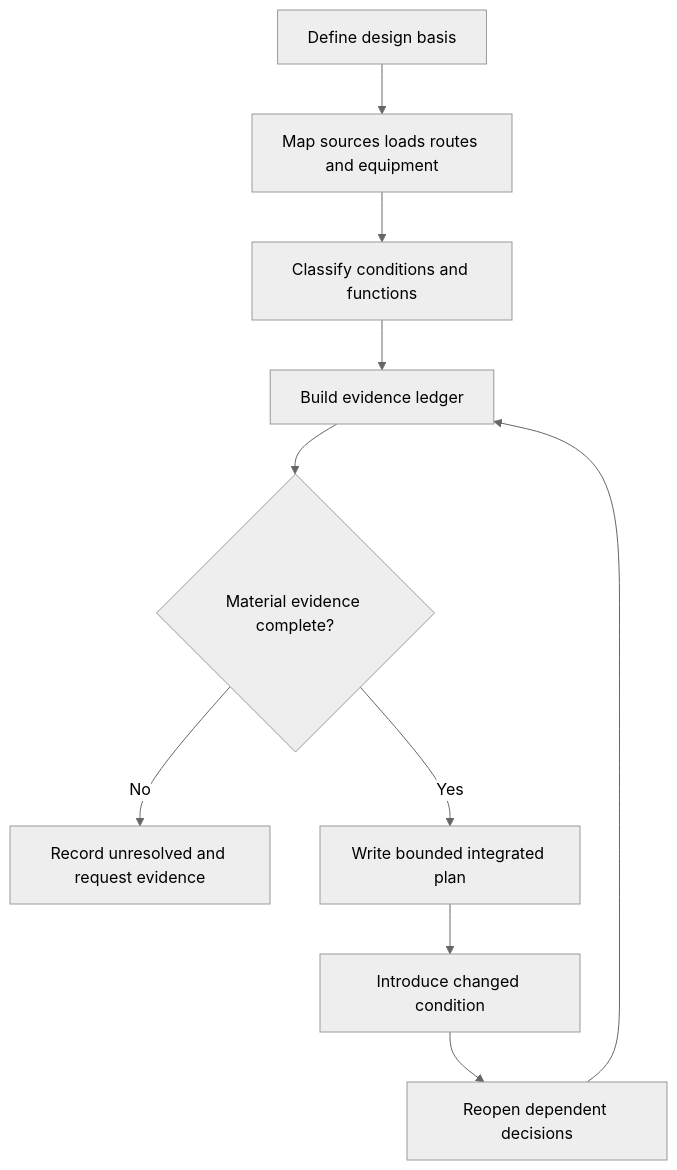
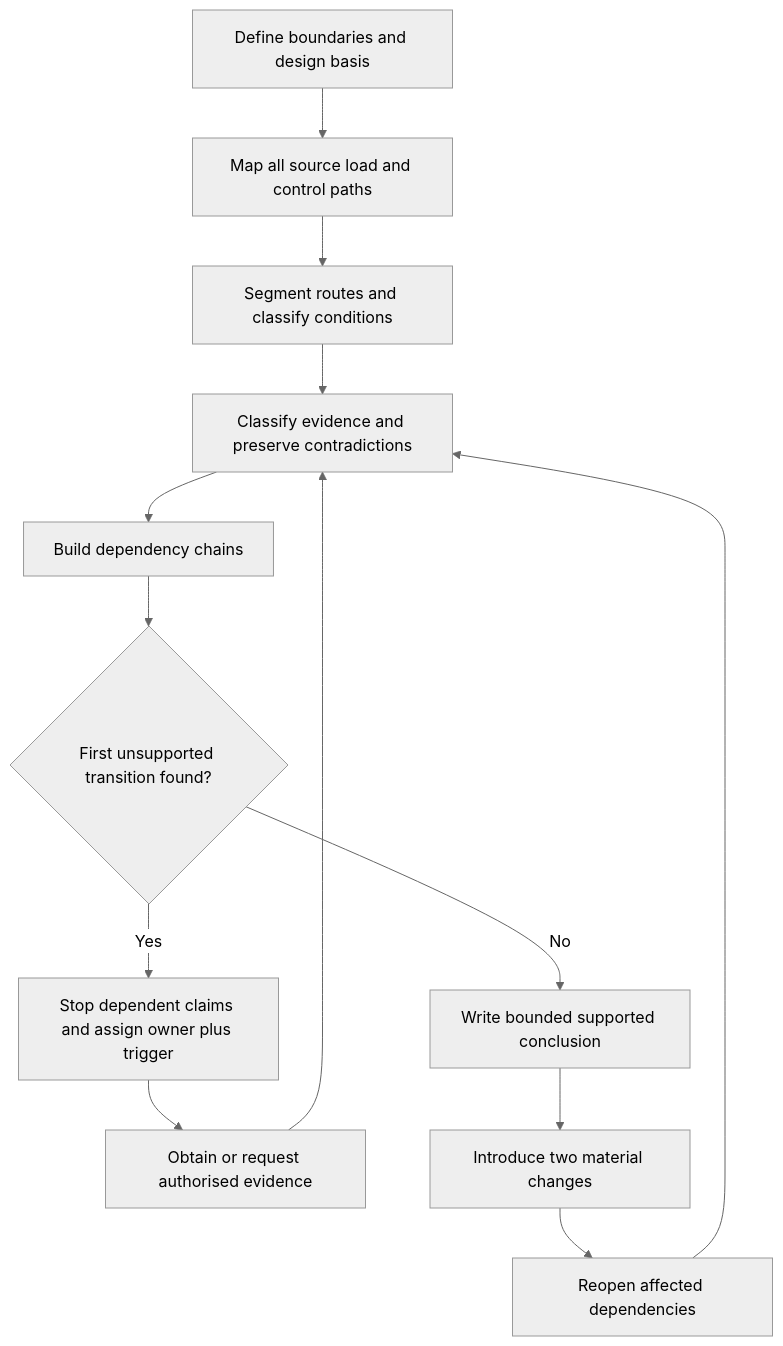
Before and after one commit to andrew3stedall/capstone: the first of 2 diagrams in docs/learning-plans/12-week/modules/day-49-week-7-installation-planning-exercise.md, drawn with Mermaid (neutral theme). The commit also changed other lines of this file and 3 other files, not shown here.

````diff
--- a/docs/learning-plans/12-week/modules/day-49-week-7-installation-planning-exercise.md
+++ b/docs/learning-plans/12-week/modules/day-49-week-7-installation-planning-exercise.md
@@ -60,12 +89,15 @@
 ```mermaid
 flowchart TD
- A[Define design basis] --> B[Map sources loads routes and equipment]
- B --> C[Classify conditions and functions]
- C --> D[Build evidence ledger]
- D --> E{Material evidence complete?}
- E -->|No| F[Record unresolved and request evidence]
- E -->|Yes| G[Write bounded integrated plan]
- G --> H[Introduce changed condition]
- H --> I[Reopen dependent decisions]
- I --> D
+  A[Define boundaries and design basis] --> B[Map all source load and control paths]
+  B --> C[Segment routes and classify conditions]
+  C --> D[Classify evidence and preserve contradictions]
+  D --> E[Build dependency chains]
+  E --> F{First unsupported transition found?}
+  F -->|Yes| G[Stop dependent claims and assign owner plus trigger]
+  F -->|No| H[Write bounded supported conclusion]
+  G --> I[Obtain or request authorised evidence]
+  I --> D
+  H --> J[Introduce two material changes]
+  J --> K[Reopen affected dependencies]
+  K --> D
 ```
````
